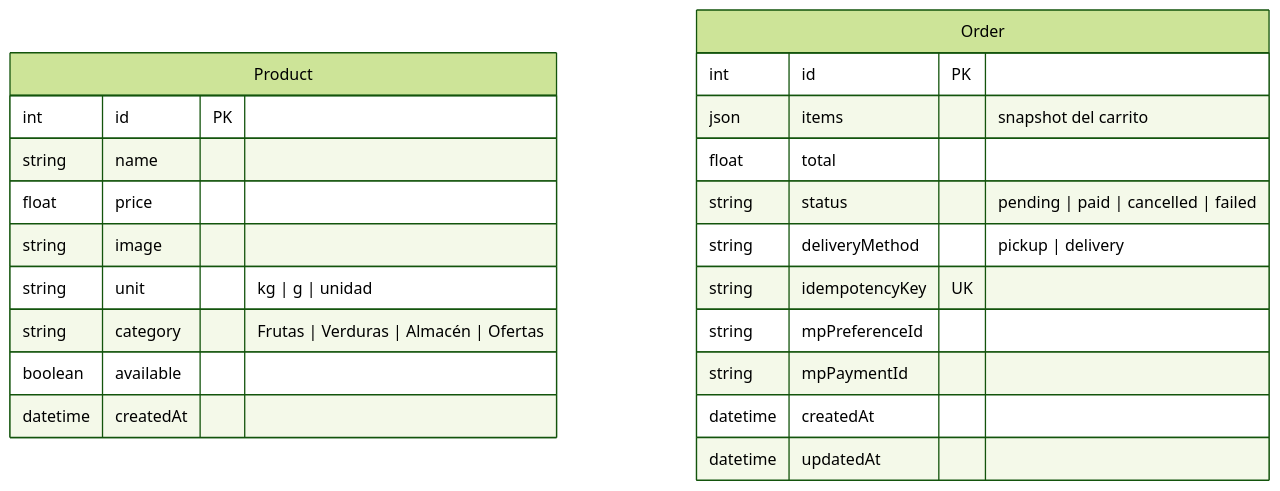
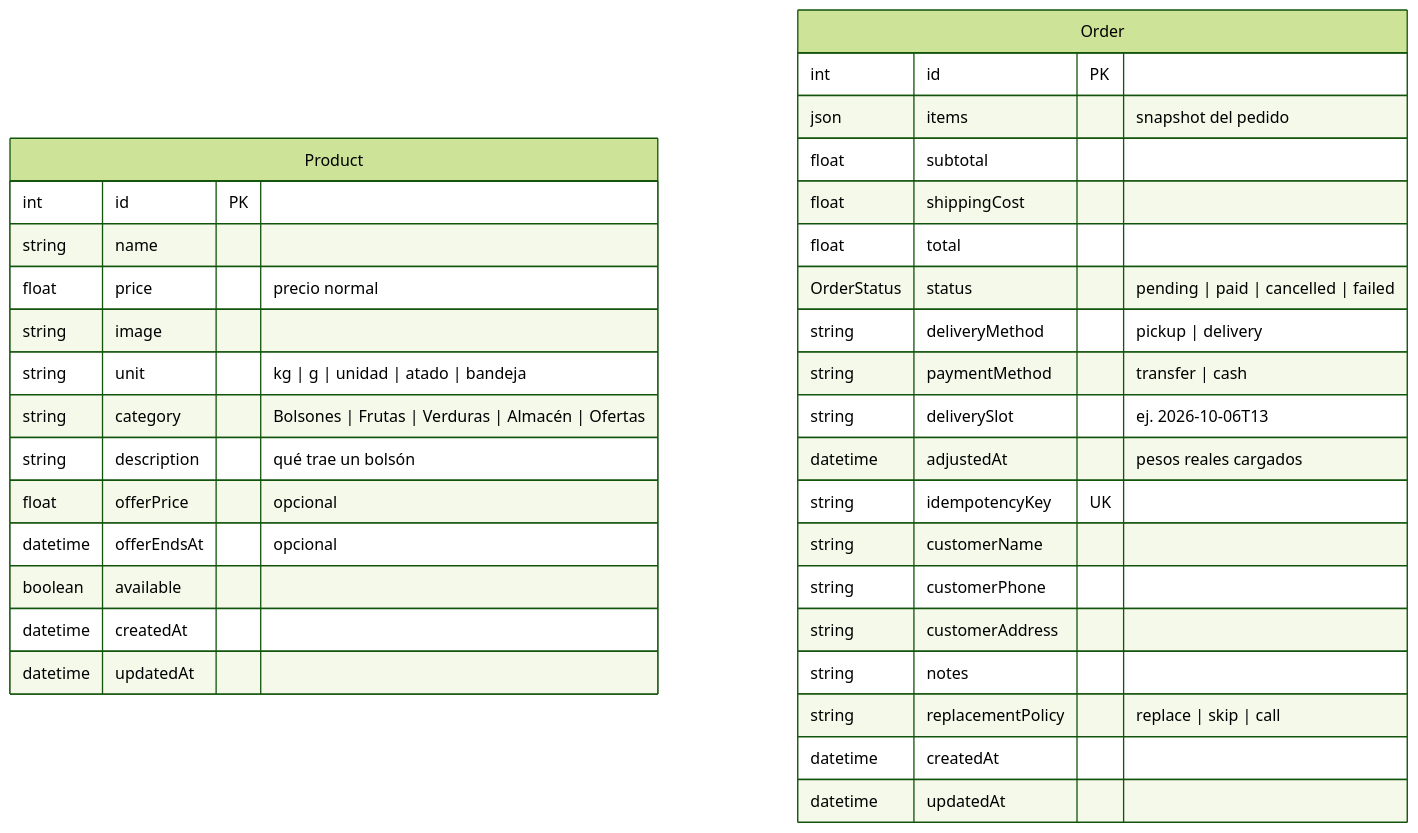
Before and after one commit to JoacoMo/verduleria-web: the second of 2 diagrams in README.md, drawn with Mermaid (forest theme). The commit also changed other lines of this file and 1 other file, not shown here.

````diff
--- a/README.md
+++ b/README.md
@@ -282,26 +323,38 @@
 ```mermaid
 erDiagram
     Product {
         int      id PK
         string   name
-        float    price
+        float    price        "precio normal"
         string   image
-        string   unit      "kg | g | unidad"
-        string   category  "Frutas | Verduras | Almacén | Ofertas"
+        string   unit         "kg | g | unidad | atado | bandeja"
+        string   category     "Bolsones | Frutas | Verduras | Almacén | Ofertas"
+        string   description  "qué trae un bolsón"
+        float    offerPrice   "opcional"
+        datetime offerEndsAt  "opcional"
         boolean  available
         datetime createdAt
+        datetime updatedAt
     }
 
     Order {
-        int      id PK
-        json     items           "snapshot del carrito"
-        float    total
-        string   status          "pending | paid | cancelled | failed"
-        string   deliveryMethod  "pickup | delivery"
-        string   idempotencyKey  UK
-        string   mpPreferenceId
-        string   mpPaymentId
-        datetime createdAt
-        datetime updatedAt
+        int         id PK
+        json        items            "snapshot del pedido"
+        float       subtotal
+        float       shippingCost
+        float       total
+        OrderStatus status           "pending | paid | cancelled | failed"
+        string      deliveryMethod   "pickup | delivery"
+        string      paymentMethod    "transfer | cash"
+        string      deliverySlot     "ej. 2026-10-06T13"
+        datetime    adjustedAt       "pesos reales cargados"
+        string      idempotencyKey   UK
+        string      customerName
+        string      customerPhone
+        string      customerAddress
+        string      notes
+        string      replacementPolicy "replace | skip | call"
+        datetime    createdAt
+        datetime    updatedAt
     }
 ```
````
